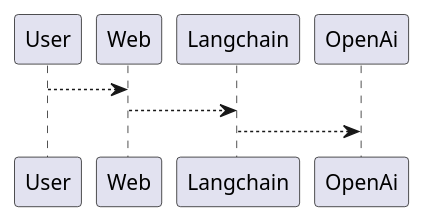
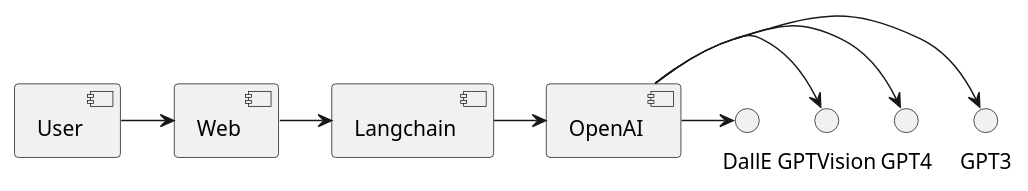
Before and after one commit to Skkuhodomo/langchain_GPT_web_app: the diagram in diagram /sequence.puml, drawn with PlantUML.

Commit message:
add sequence diagram

```diff
--- a/diagram /sequence.puml
+++ b/diagram /sequence.puml
@@ -1,8 +1,12 @@
  @startuml langchain-gpt-web-app 
 
-User --> Web 
-Web  --> Langchain 
-Langchain --> OpenAi 
+[User] -> [Web] 
+[Web]  -> [Langchain] 
+[Langchain] -> [OpenAI]
+[OpenAI] -> GPT3
+[OpenAI] -> GPT4
+[OpenAI] -> GPTVision
+[OpenAI] -> DallE 
 
 
 @enduml 
```
